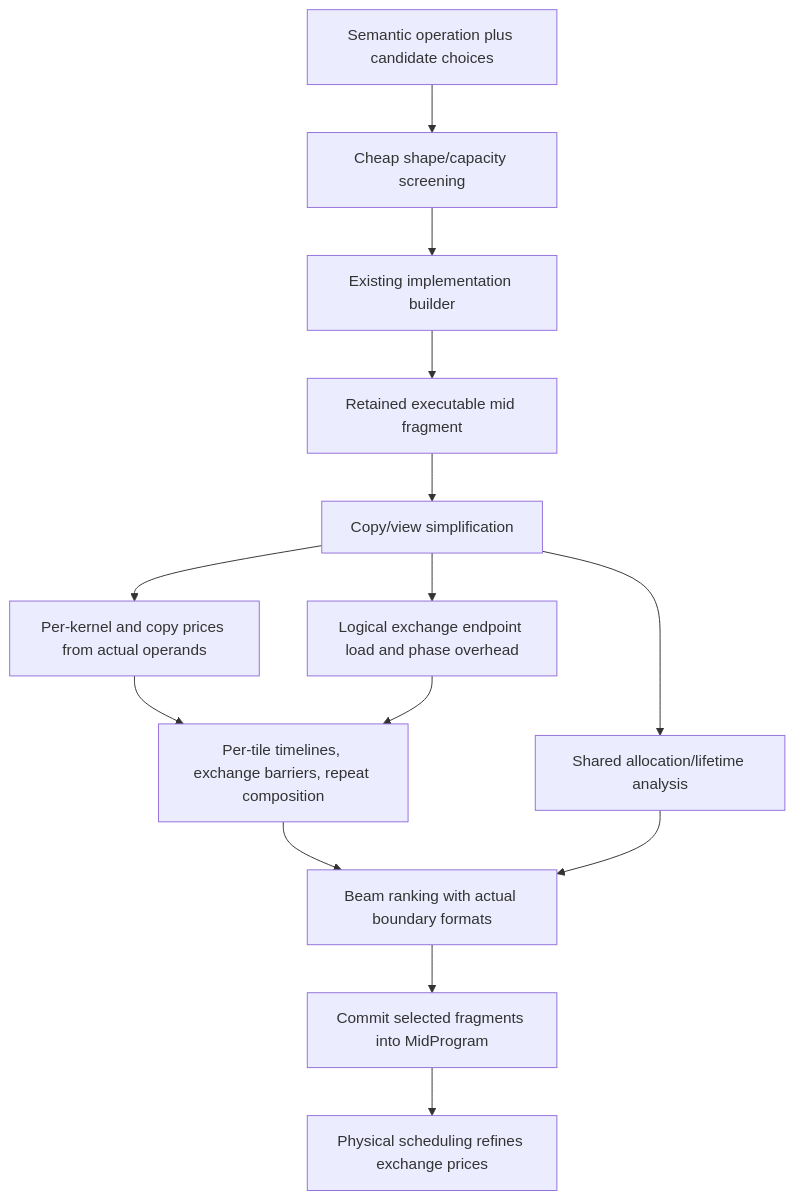
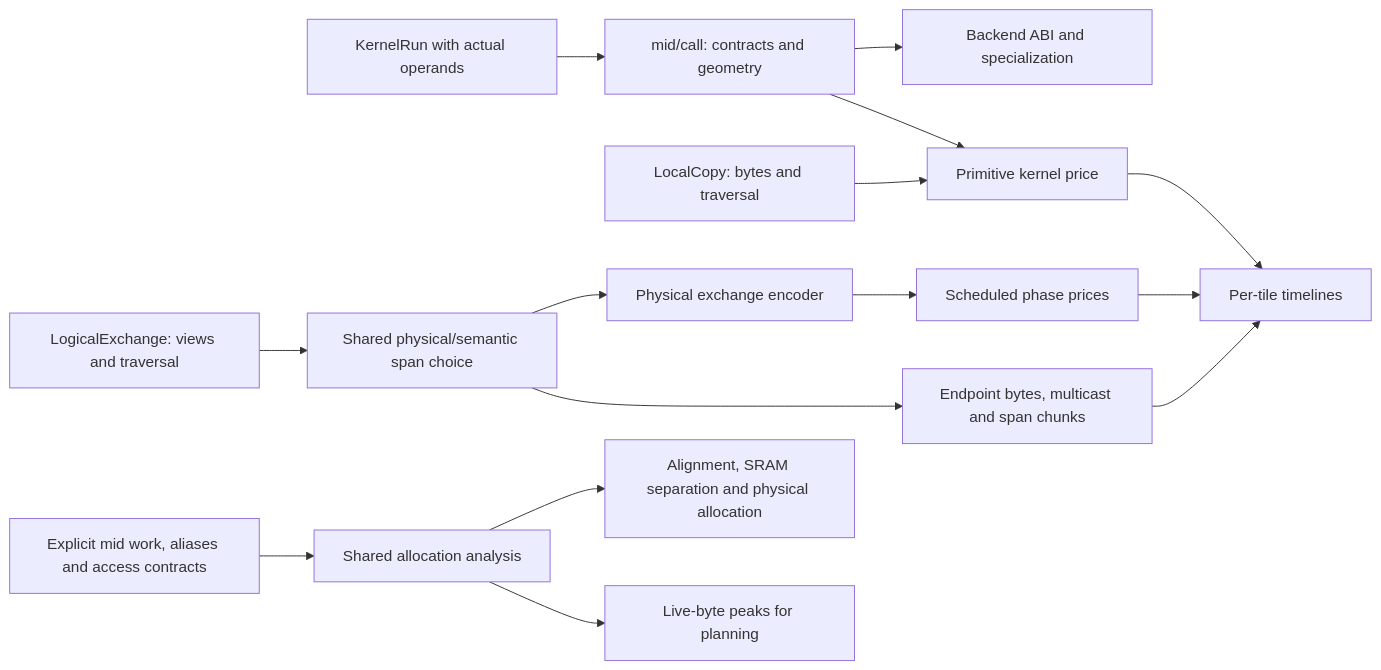
One commit to osmarks/ipu-stack changed the second of 3 diagrams in docs/COMPILER_DATA_FLOW.md. Above: the diagram before and after it, drawn with Mermaid. The commit also changed other lines of this file and 30 other files, not shown here.

Commit message:
Derive detailed planning costs from executable mid work

````diff
--- a/docs/COMPILER_DATA_FLOW.md
+++ b/docs/COMPILER_DATA_FLOW.md
@@ -85,16 +56,17 @@
 ```mermaid
-flowchart TD
-  G[Semantic operation plus candidate choices] --> H[Cheap shape/capacity screening]
-  H --> B[Existing implementation builder]
-  B --> M[Retained executable mid fragment]
-  M --> P[Copy/view simplification]
-  P --> C[Per-kernel and copy prices from actual operands]
-  P --> X[Logical exchange endpoint load and phase overhead]
-  P --> A[Shared allocation/lifetime analysis]
-  C --> S[Per-tile timelines, exchange barriers, repeat composition]
-  X --> S
-  S --> R[Beam ranking with actual boundary formats]
-  A --> R
-  R --> JOIN[Commit selected fragments into MidProgram]
-  JOIN --> EXACT[Physical scheduling refines exchange prices]
+flowchart LR
+  CALL[KernelRun with actual operands] --> GEO[mid/call: contracts and geometry]
+  GEO --> PRICE[Primitive kernel price]
+  GEO --> ABI[Backend ABI and specialization]
+  COPY[LocalCopy: bytes and traversal] --> PRICE
+  EX[LogicalExchange: views and traversal] --> SPAN[Shared physical/semantic span choice]
+  SPAN --> LOAD[Endpoint bytes, multicast and span chunks]
+  SPAN --> ENCODE[Physical exchange encoder]
+  PRICE --> TIME[Per-tile timelines]
+  LOAD --> TIME
+  ENCODE --> REFINE[Scheduled phase prices]
+  REFINE --> TIME
+  WORK[Explicit mid work, aliases and access contracts] --> LIFE[Shared allocation analysis]
+  LIFE --> PEAK[Live-byte peaks for planning]
+  LIFE --> PLACE[Alignment, SRAM separation and physical allocation]
 ```
````
